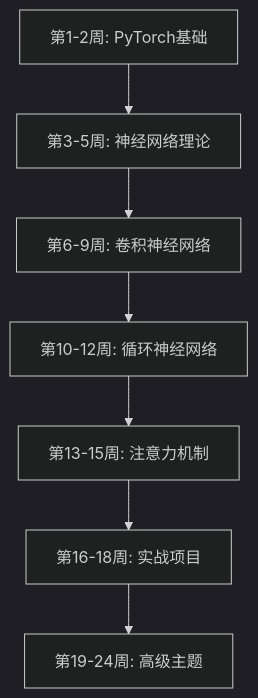
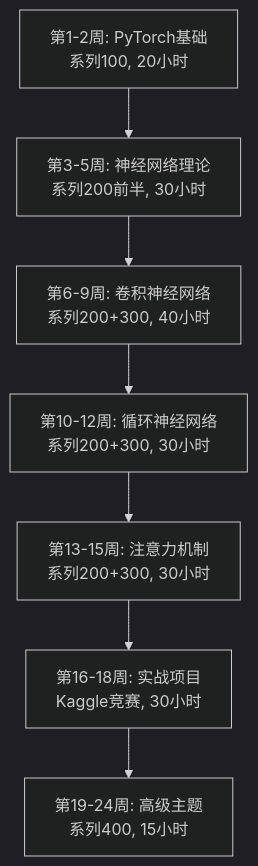
Before and after one commit to zfchen163/deeplearning: the diagram in README.md, drawn with Mermaid (dark theme). The commit also changed other lines of this file and 4 other files, not shown here.

````diff
--- a/README.md
+++ b/README.md
@@ -166,9 +289,9 @@
 ```mermaid
 graph TD
-    A[第1-2周: PyTorch基础] --> B[第3-5周: 神经网络理论]
-    B --> C[第6-9周: 卷积神经网络]
-    C --> D[第10-12周: 循环神经网络]
-    D --> E[第13-15周: 注意力机制]
-    E --> F[第16-18周: 实战项目]
-    F --> G[第19-24周: 高级主题]
+    A[第1-2周: PyTorch基础<br/>系列100, 20小时] --> B[第3-5周: 神经网络理论<br/>系列200前半, 30小时]
+    B --> C[第6-9周: 卷积神经网络<br/>系列200+300, 40小时]
+    C --> D[第10-12周: 循环神经网络<br/>系列200+300, 30小时]
+    D --> E[第13-15周: 注意力机制<br/>系列200+300, 30小时]
+    E --> F[第16-18周: 实战项目<br/>Kaggle竞赛, 30小时]
+    F --> G[第19-24周: 高级主题<br/>系列400, 15小时]
 ```
````
